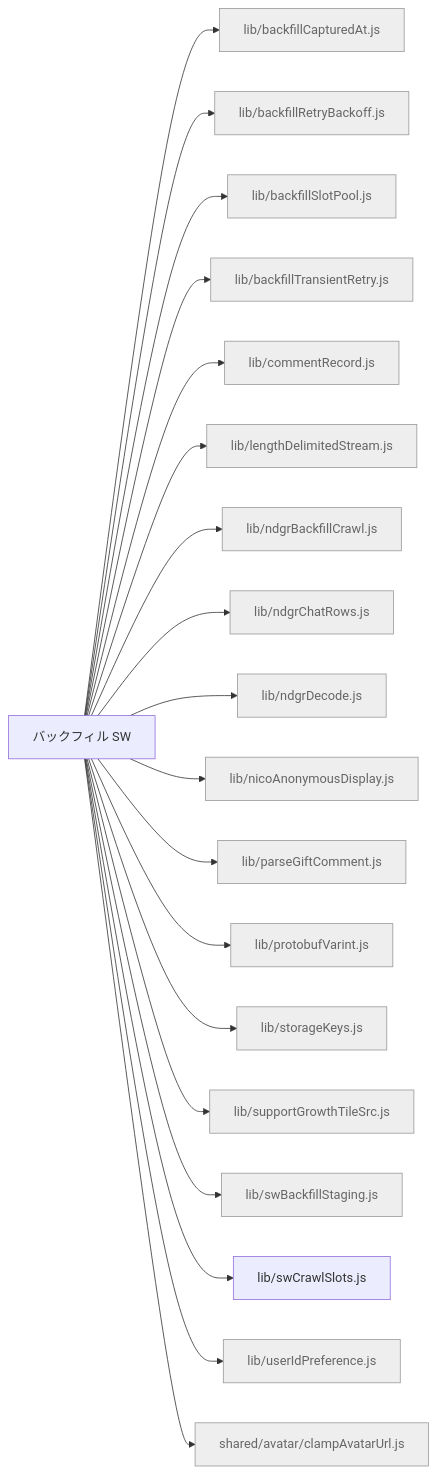
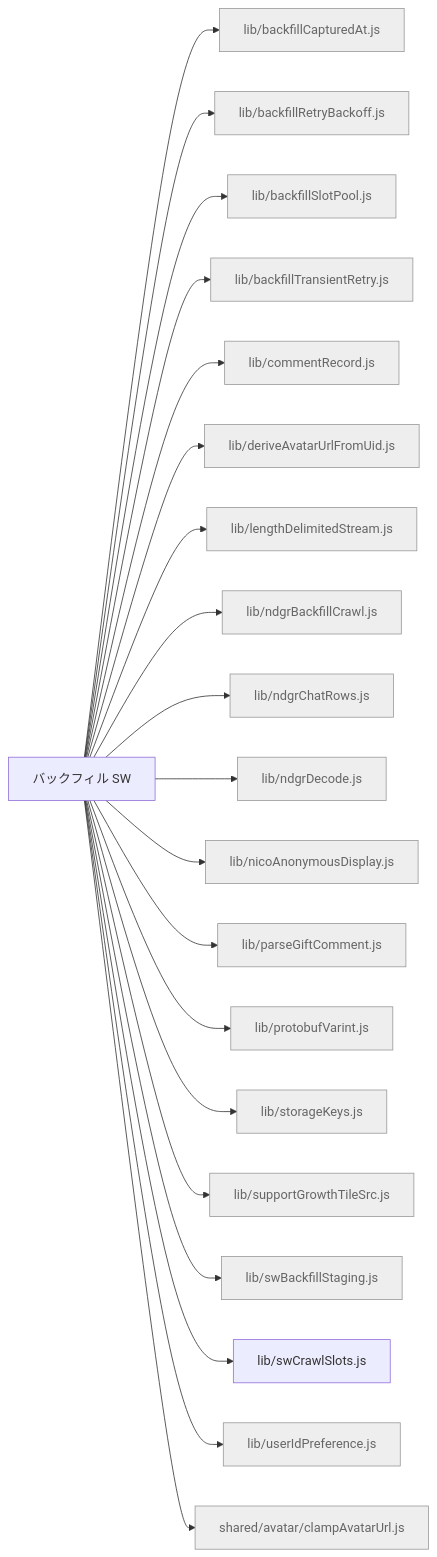
The diagram in docs/feature-map/backfill-sw.md (kimito-link/tsuioku-no-kirameki.com), drawn with Mermaid before and after one commit. The commit also changed 25 other files, not shown here.

````diff
--- a/docs/feature-map/backfill-sw.md
+++ b/docs/feature-map/backfill-sw.md
@@ -13,23 +13,24 @@
 ```mermaid
 graph LR
   n_backfill_sw["バックフィル SW"]
   n_backfill_sw --> n_src_lib_backfillCapturedAt_js["lib/backfillCapturedAt.js"]:::shared
   n_backfill_sw --> n_src_lib_backfillRetryBackoff_js["lib/backfillRetryBackoff.js"]:::shared
   n_backfill_sw --> n_src_lib_backfillSlotPool_js["lib/backfillSlotPool.js"]:::shared
   n_backfill_sw --> n_src_lib_backfillTransientRetry_js["lib/backfillTransientRetry.js"]:::shared
   n_backfill_sw --> n_src_lib_commentRecord_js["lib/commentRecord.js"]:::shared
+  n_backfill_sw --> n_src_lib_deriveAvatarUrlFromUid_js["lib/deriveAvatarUrlFromUid.js"]:::shared
   n_backfill_sw --> n_src_lib_lengthDelimitedStream_js["lib/lengthDelimitedStream.js"]:::shared
   n_backfill_sw --> n_src_lib_ndgrBackfillCrawl_js["lib/ndgrBackfillCrawl.js"]:::shared
   n_backfill_sw --> n_src_lib_ndgrChatRows_js["lib/ndgrChatRows.js"]:::shared
   n_backfill_sw --> n_src_lib_ndgrDecode_js["lib/ndgrDecode.js"]:::shared
   n_backfill_sw --> n_src_lib_nicoAnonymousDisplay_js["lib/nicoAnonymousDisplay.js"]:::shared
   n_backfill_sw --> n_src_lib_parseGiftComment_js["lib/parseGiftComment.js"]:::shared
   n_backfill_sw --> n_src_lib_protobufVarint_js["lib/protobufVarint.js"]:::shared
   n_backfill_sw --> n_src_lib_storageKeys_js["lib/storageKeys.js"]:::shared
   n_backfill_sw --> n_src_lib_supportGrowthTileSrc_js["lib/supportGrowthTileSrc.js"]:::shared
   n_backfill_sw --> n_src_lib_swBackfillStaging_js["lib/swBackfillStaging.js"]:::shared
   n_backfill_sw --> n_src_lib_swCrawlSlots_js["lib/swCrawlSlots.js"]
   n_backfill_sw --> n_src_lib_userIdPreference_js["lib/userIdPreference.js"]:::shared
   n_backfill_sw --> n_src_shared_avatar_clampAvatarUrl_js["shared/avatar/clampAvatarUrl.js"]:::shared
   classDef shared fill:#eee,stroke:#999,color:#666;
 ```
````
